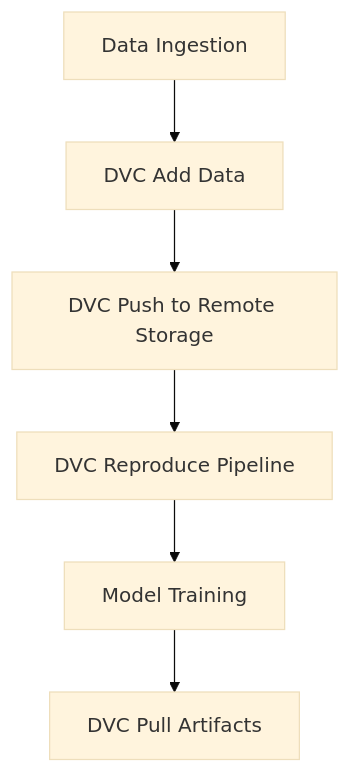
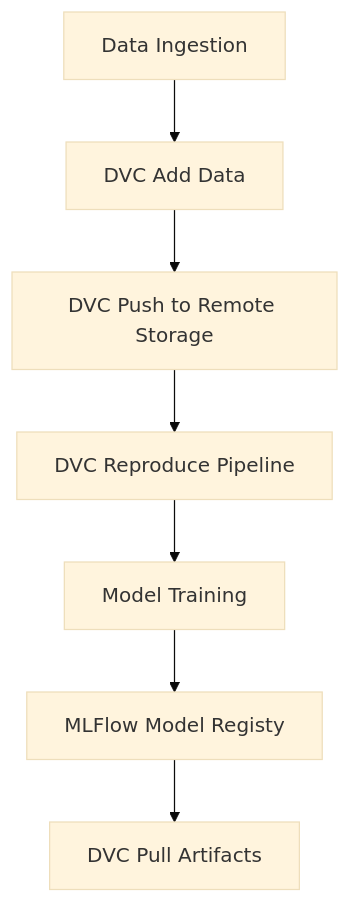
The second of 2 diagrams in Readme.md (BKAPADIA04/SPE_Major_Project), drawn with Mermaid (base theme) before and after one commit.

````diff
--- a/Readme.md
+++ b/Readme.md
@@ -52,13 +52,14 @@
 ```mermaid
 flowchart TD
     A[Data Ingestion]
     B[DVC Add Data]
     C[DVC Push to Remote Storage]
     D[DVC Reproduce Pipeline]
     E[Model Training]
-    F[DVC Pull Artifacts]
+    F[MLFlow Model Registy]
+    G[DVC Pull Artifacts]
 
     A --> B --> C
     C --> D --> E
-    E --> F
+    E --> F --> G
 ```
````
